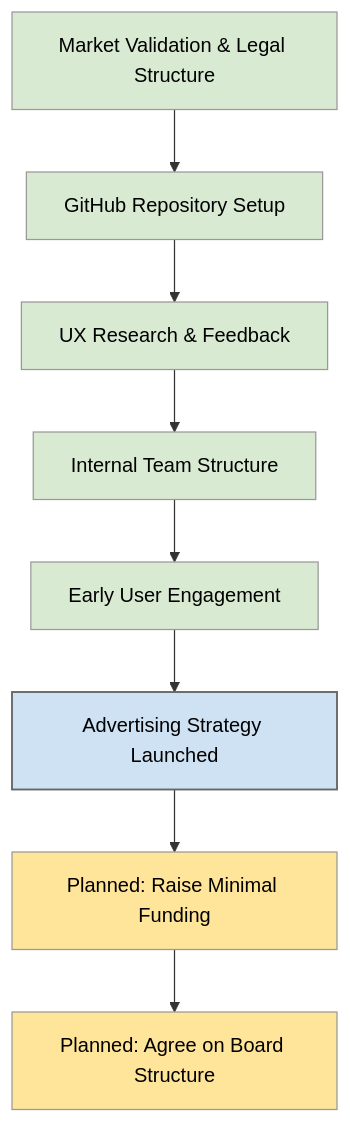
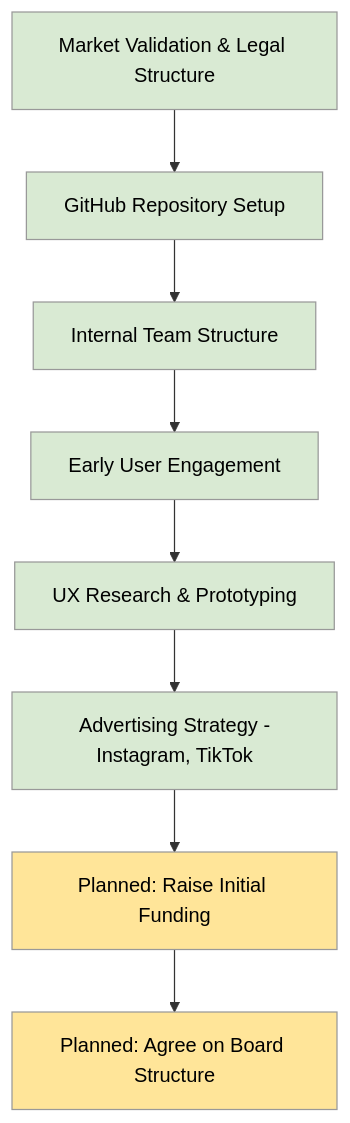
The third of 3 diagrams in README.md (Jintpong/Entrepreneur_CW2), drawn with Mermaid before and after one commit.

````diff
--- a/README.md
+++ b/README.md
@@ -140,27 +140,25 @@
 ```mermaid
 graph TD
     A[Market Validation & Legal Structure]
     B[GitHub Repository Setup]
-    C[UX Research & Feedback]
-    D[Internal Team Structure]
-    E[Early User Engagement]
-    F[Advertising Strategy Launched]
-    G[Planned: Raise Minimal Funding]
+    C[Internal Team Structure]
+    D[Early User Engagement]
+    E[UX Research & Prototyping]
+    F[Advertising Strategy -Instagram, TikTok]
+    G[Planned: Raise Initial Funding]
     H[Planned: Agree on Board Structure]
 
     A --> B --> C --> D --> E --> F --> G --> H
 
     %% class definition
     classDef done fill:#D9EAD3,stroke:#999,stroke-width:1px,color:#000;
-    classDef current fill:#CFE2F3,stroke:#666,stroke-width:1.5px,color:#000;
     classDef planned fill:#FFE599,stroke:#999,stroke-width:1px,color:#000;
 
     %% class application
-    class A,B,C,D,E done;
-    class F current;
+    class A,B,C,D,E,F done;
     class G,H planned;
 
     %% sizing
     linkStyle default stroke-width:1px;
 
 ```
````
